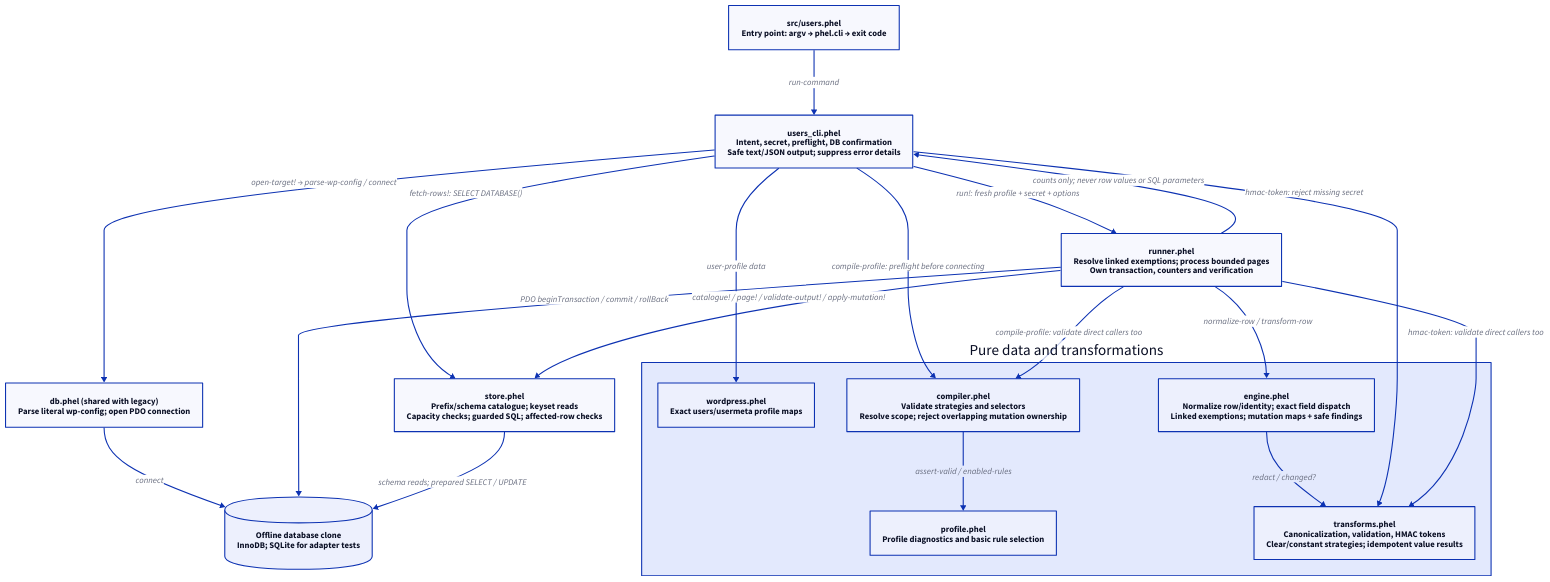
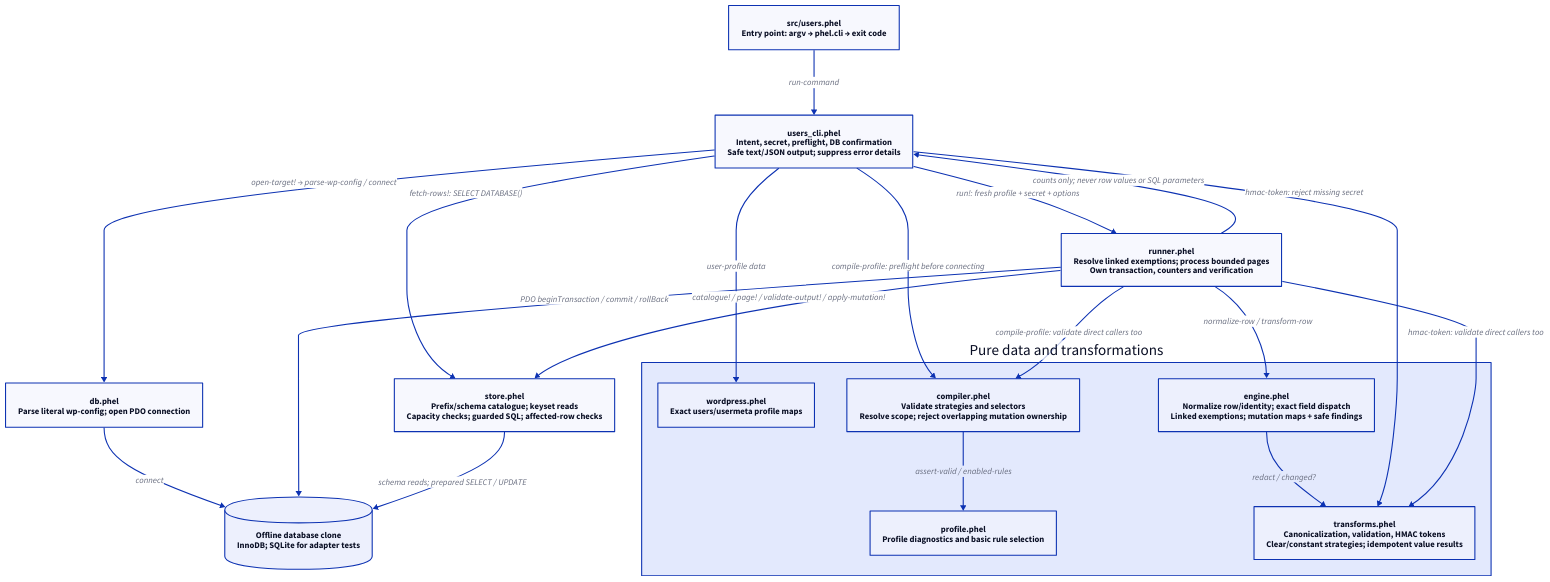
Before and after one commit to jasalt/phel-wp-pii-redactor: the first of 2 diagrams in ARCHITECTURE.md, drawn with D2. The commit also changed other lines of this file and 6 other files, not shown here.

````diff
--- a/ARCHITECTURE.md
+++ b/ARCHITECTURE.md
@@ -20,37 +18,37 @@
 ```d2
 entry: "src/users.phel\nEntry point: argv → phel.cli → exit code"
 cli: "users_cli.phel\nIntent, secret, preflight, DB confirmation\nSafe text/JSON output; suppress error details"
-config: "db.phel (shared with legacy)\nParse literal wp-config; open PDO connection"
+config: "db.phel\nParse literal wp-config; open PDO connection"
 runner: "runner.phel\nResolve linked exemptions; process bounded pages\nOwn transaction, counters and verification"
 store: "store.phel\nPrefix/schema catalogue; keyset reads\nCapacity checks; guarded SQL; affected-row checks"
 database: "Offline database clone\nInnoDB; SQLite for adapter tests" {
   shape: cylinder
 }
 
 pure: "Pure data and transformations" {
   wordpress: "wordpress.phel\nExact users/usermeta profile maps"
   profile: "profile.phel\nProfile diagnostics and basic rule selection"
   compiler: "compiler.phel\nValidate strategies and selectors\nResolve scope; reject overlapping mutation ownership"
   engine: "engine.phel\nNormalize row/identity; exact field dispatch\nLinked exemptions; mutation maps + safe findings"
   transforms: "transforms.phel\nCanonicalization, validation, HMAC tokens\nClear/constant strategies; idempotent value results"
 
   compiler -> profile: "assert-valid / enabled-rules"
   engine -> transforms: "redact / changed?"
 }
 
 entry -> cli: "run-command"
 cli -> config: "open-target! → parse-wp-config / connect"
 config -> database: "connect"
 cli -> store: "fetch-rows!: SELECT DATABASE()"
 cli -> pure.wordpress: "user-profile data"
 cli -> pure.compiler: "compile-profile: preflight before connecting"
 cli -> pure.transforms: "hmac-token: reject missing secret"
 cli -> runner: "run!: fresh profile + secret + options"
 runner -> pure.compiler: "compile-profile: validate direct callers too"
 runner -> pure.transforms: "hmac-token: validate direct callers too"
 runner -> store: "catalogue! / page! / validate-output! / apply-mutation!"
 runner -> pure.engine: "normalize-row / transform-row"
 runner -> database: "PDO beginTransaction / commit / rollBack"
 store -> database: "schema reads; prepared SELECT / UPDATE"
 runner -> cli: "counts only; never row values or SQL parameters"
 ```
````
